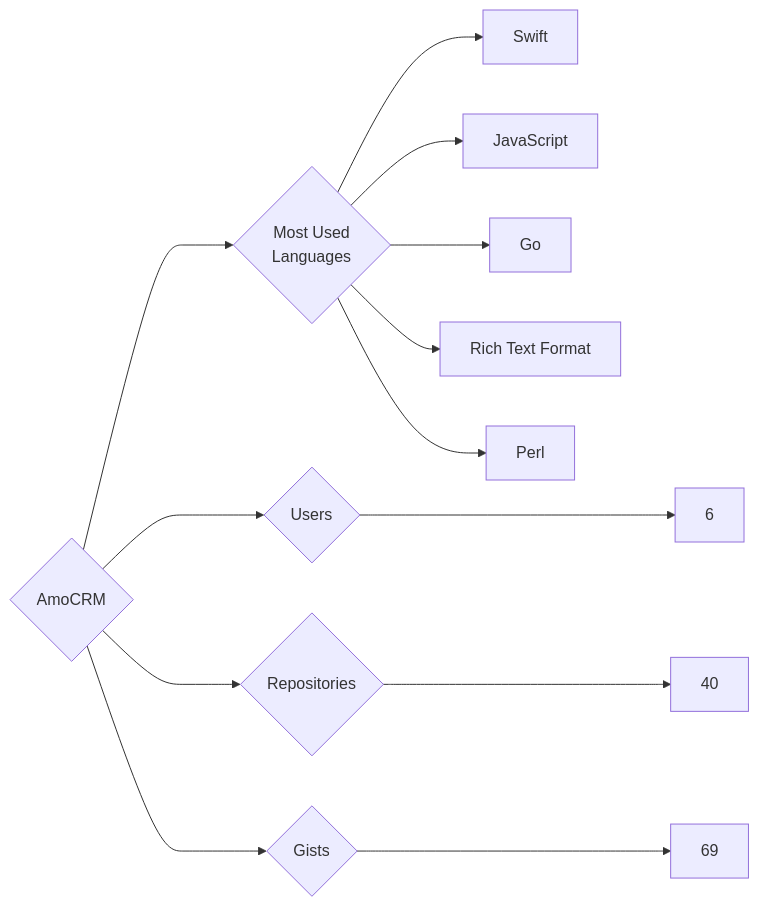
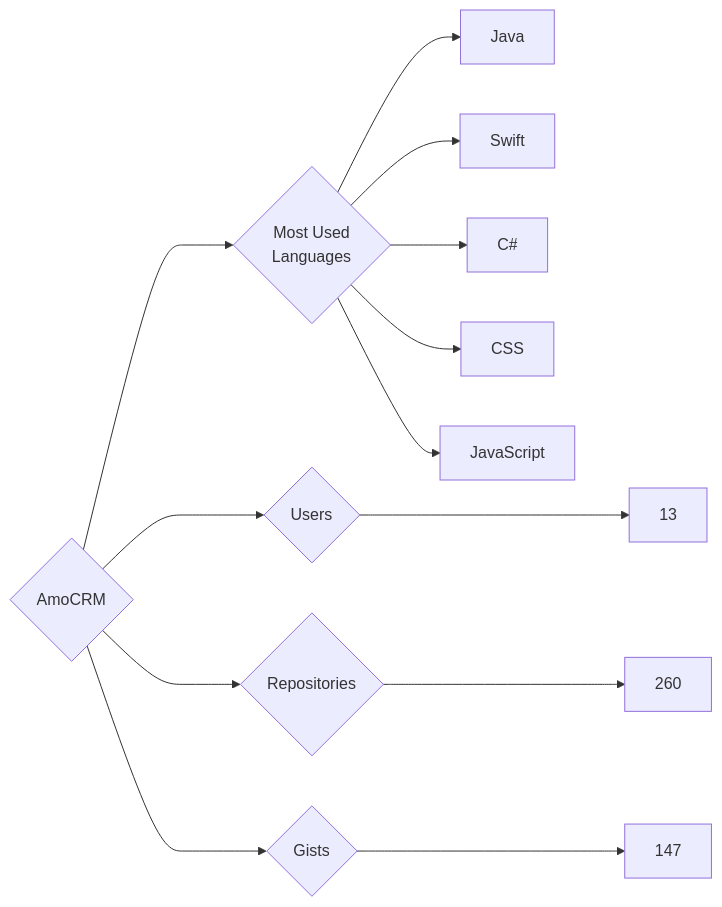
The diagram in targets/AmoCRM/README.md (trickest/insiders), drawn with Mermaid before and after one commit. The commit also changed 1195 other files, not shown here.

````diff
--- a/targets/AmoCRM/README.md
+++ b/targets/AmoCRM/README.md
@@ -3,13 +3,13 @@
 ```mermaid
 graph LR
 COMPANY_NAME{AmoCRM}
-COMPANY_NAME ---> U{Users} ---> UN[6]
-COMPANY_NAME ---> R{Repositories} ---> RN[40]
-COMPANY_NAME ---> G{Gists} ---> GN[69]
+COMPANY_NAME ---> U{Users} ---> UN[13]
+COMPANY_NAME ---> R{Repositories} ---> RN[260]
+COMPANY_NAME ---> G{Gists} ---> GN[147]
 COMPANY_NAME ---> ML{Most Used<br>Languages}
+ML --> Java[Java]
 ML --> Swift[Swift]
+ML --> C#[C#]
+ML --> CSS[CSS]
 ML --> JavaScript[JavaScript]
-ML --> Go[Go]
-ML --> Rich_Text_Format[Rich Text Format]
-ML --> Perl[Perl]
 ```
````
